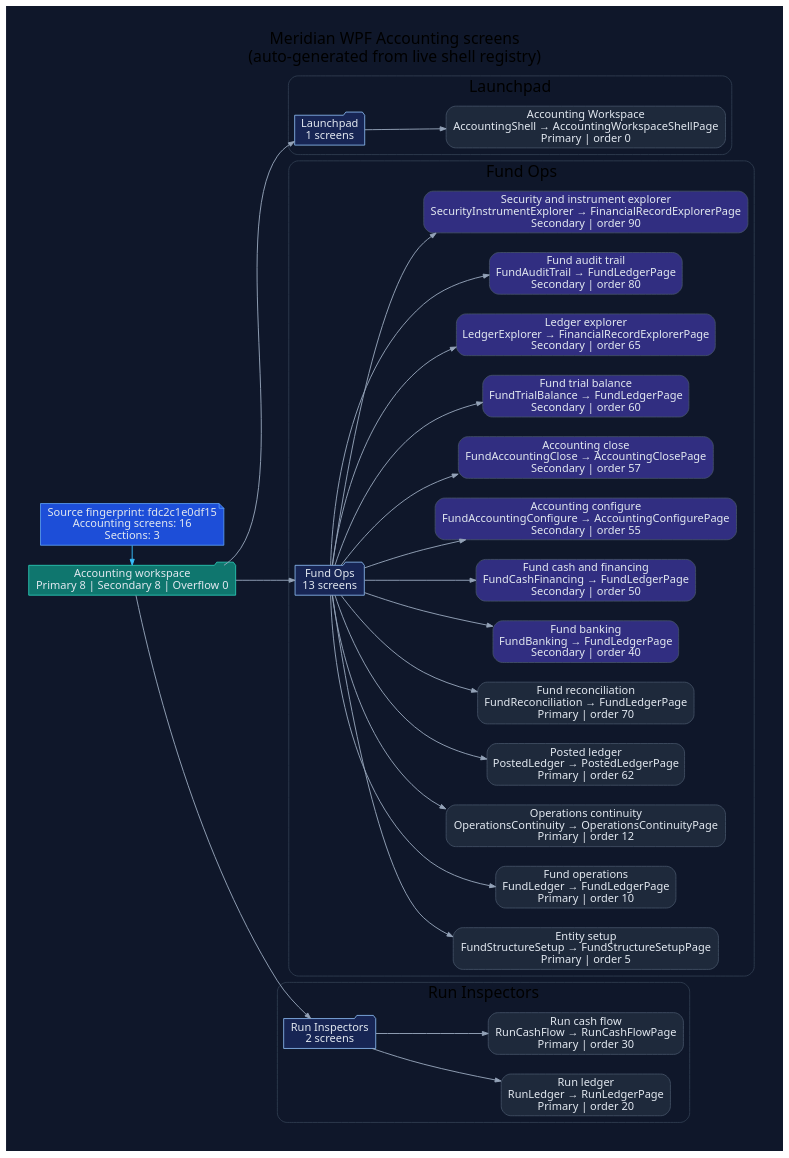
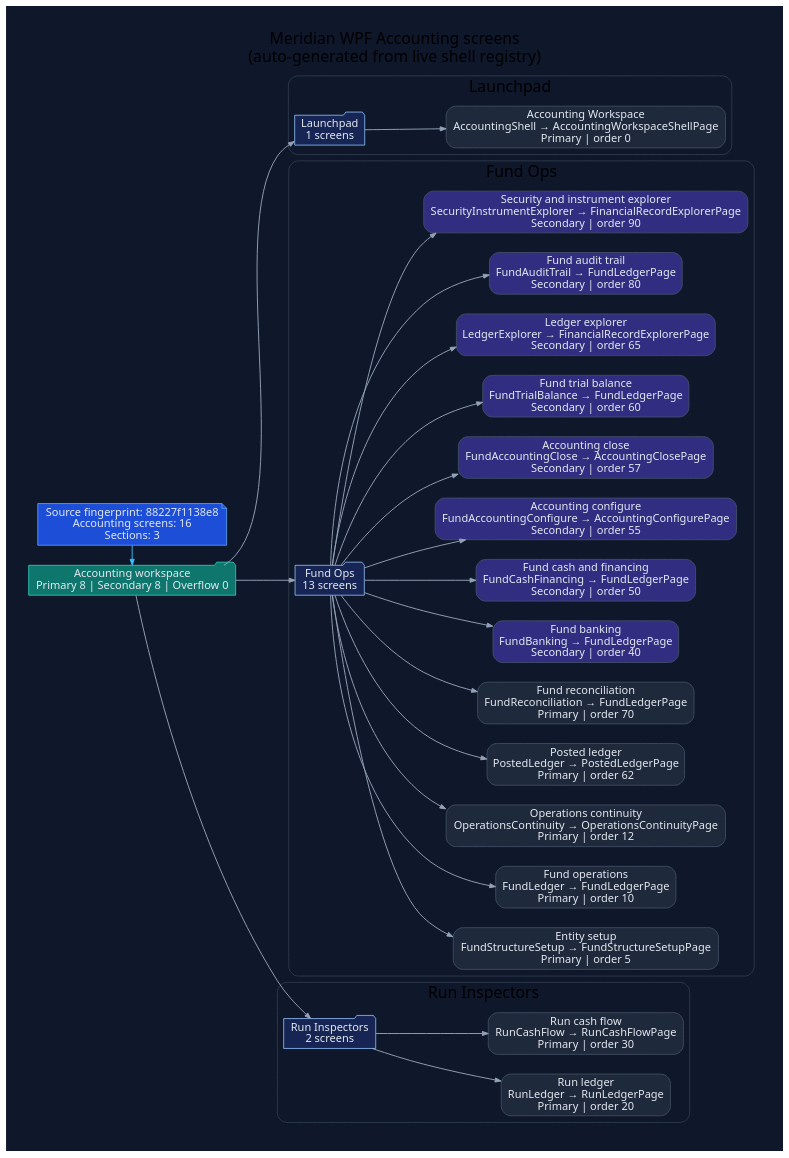
One commit to rodoHasArrived/Meridian-main changed the diagram in docs/diagrams/ui-wpf-screens-accounting.dot. Above: the diagram before and after it, drawn with Graphviz. The commit also changed 22 other files, not shown here.

First line of the commit message:
docs: apply CI generated-repair patch for WPF UI diagrams and repository tree

```diff
--- a/docs/diagrams/ui-wpf-screens-accounting.dot
+++ b/docs/diagrams/ui-wpf-screens-accounting.dot
@@ -1,82 +1,82 @@
 // -----------------------------------------------------------------------------
 // <auto-generated>
 // Generated by scripts/generate-diagrams.mjs.
 // Do not edit this file directly; update the WPF source files instead.
 // -----------------------------------------------------------------------------
 digraph WpfAccountingScreens {
   graph [
     rankdir=LR,
     labelloc=t,
     label="Meridian WPF Accounting screens\n(auto-generated from live shell registry)",
     fontname="Segoe UI",
     fontsize=20,
     pad=0.4,
     nodesep=0.35,
     ranksep=0.85,
     bgcolor="#0f172a"
   ];
   node [fontname="Segoe UI", shape=box, style="rounded,filled", color="#475569", fontcolor="#e2e8f0", fillcolor="#1e293b"];
   edge [fontname="Segoe UI", color="#94a3b8", penwidth=1.2, arrowsize=0.75];
 
-  generated [shape=note, fillcolor="#1d4ed8", color="#60a5fa", label="Source fingerprint: fdc2c1e0df15\nAccounting screens: 16\nSections: 3"];
+  generated [shape=note, fillcolor="#1d4ed8", color="#60a5fa", label="Source fingerprint: 88227f1138e8\nAccounting screens: 16\nSections: 3"];
   workspace [shape=folder, fillcolor="#0f766e", color="#2dd4bf", label="Accounting workspace\nPrimary 8 | Secondary 8 | Overflow 0"];
   generated -> workspace [color="#38bdf8"];
 
   subgraph cluster_section_1 {
     label="Launchpad";
     color="#334155";
     style="rounded";
     section_1 [shape=folder, fillcolor="#172554", color="#93c5fd", label="Launchpad\n1 screens"];
     workspace -> section_1;
     screen_AccountingShell [fillcolor="#1e293b", label="Accounting Workspace\nAccountingShell → AccountingWorkspaceShellPage\nPrimary | order 0"];
     section_1 -> screen_AccountingShell;
   }
 
   subgraph cluster_section_2 {
     label="Fund Ops";
     color="#334155";
     style="rounded";
     section_2 [shape=folder, fillcolor="#172554", color="#93c5fd", label="Fund Ops\n13 screens"];
     workspace -> section_2;
     screen_FundStructureSetup [fillcolor="#1e293b", label="Entity setup\nFundStructureSetup → FundStructureSetupPage\nPrimary | order 5"];
     section_2 -> screen_FundStructureSetup;
     screen_FundLedger [fillcolor="#1e293b", label="Fund operations\nFundLedger → FundLedgerPage\nPrimary | order 10"];
     section_2 -> screen_FundLedger;
     screen_OperationsContinuity [fillcolor="#1e293b", label="Operations continuity\nOperationsContinuity → OperationsContinuityPage\nPrimary | order 12"];
     section_2 -> screen_OperationsContinuity;
     screen_PostedLedger [fillcolor="#1e293b", label="Posted ledger\nPostedLedger → PostedLedgerPage\nPrimary | order 62"];
     section_2 -> screen_PostedLedger;
     screen_FundReconciliation [fillcolor="#1e293b", label="Fund reconciliation\nFundReconciliation → FundLedgerPage\nPrimary | order 70"];
     section_2 -> screen_FundReconciliation;
     screen_FundBanking [fillcolor="#312e81", label="Fund banking\nFundBanking → FundLedgerPage\nSecondary | order 40"];
     section_2 -> screen_FundBanking;
     screen_FundCashFinancing [fillcolor="#312e81", label="Fund cash and financing\nFundCashFinancing → FundLedgerPage\nSecondary | order 50"];
     section_2 -> screen_FundCashFinancing;
     screen_FundAccountingConfigure [fillcolor="#312e81", label="Accounting configure\nFundAccountingConfigure → AccountingConfigurePage\nSecondary | order 55"];
     section_2 -> screen_FundAccountingConfigure;
     screen_FundAccountingClose [fillcolor="#312e81", label="Accounting close\nFundAccountingClose → AccountingClosePage\nSecondary | order 57"];
     section_2 -> screen_FundAccountingClose;
     screen_FundTrialBalance [fillcolor="#312e81", label="Fund trial balance\nFundTrialBalance → FundLedgerPage\nSecondary | order 60"];
     section_2 -> screen_FundTrialBalance;
     screen_LedgerExplorer [fillcolor="#312e81", label="Ledger explorer\nLedgerExplorer → FinancialRecordExplorerPage\nSecondary | order 65"];
     section_2 -> screen_LedgerExplorer;
     screen_FundAuditTrail [fillcolor="#312e81", label="Fund audit trail\nFundAuditTrail → FundLedgerPage\nSecondary | order 80"];
     section_2 -> screen_FundAuditTrail;
     screen_SecurityInstrumentExplorer [fillcolor="#312e81", label="Security and instrument explorer\nSecurityInstrumentExplorer → FinancialRecordExplorerPage\nSecondary | order 90"];
     section_2 -> screen_SecurityInstrumentExplorer;
   }
 
   subgraph cluster_section_3 {
     label="Run Inspectors";
     color="#334155";
     style="rounded";
     section_3 [shape=folder, fillcolor="#172554", color="#93c5fd", label="Run Inspectors\n2 screens"];
     workspace -> section_3;
     screen_RunLedger [fillcolor="#1e293b", label="Run ledger\nRunLedger → RunLedgerPage\nPrimary | order 20"];
     section_3 -> screen_RunLedger;
     screen_RunCashFlow [fillcolor="#1e293b", label="Run cash flow\nRunCashFlow → RunCashFlowPage\nPrimary | order 30"];
     section_3 -> screen_RunCashFlow;
   }
 
   { rank=min; generated; workspace; }
 }
```
